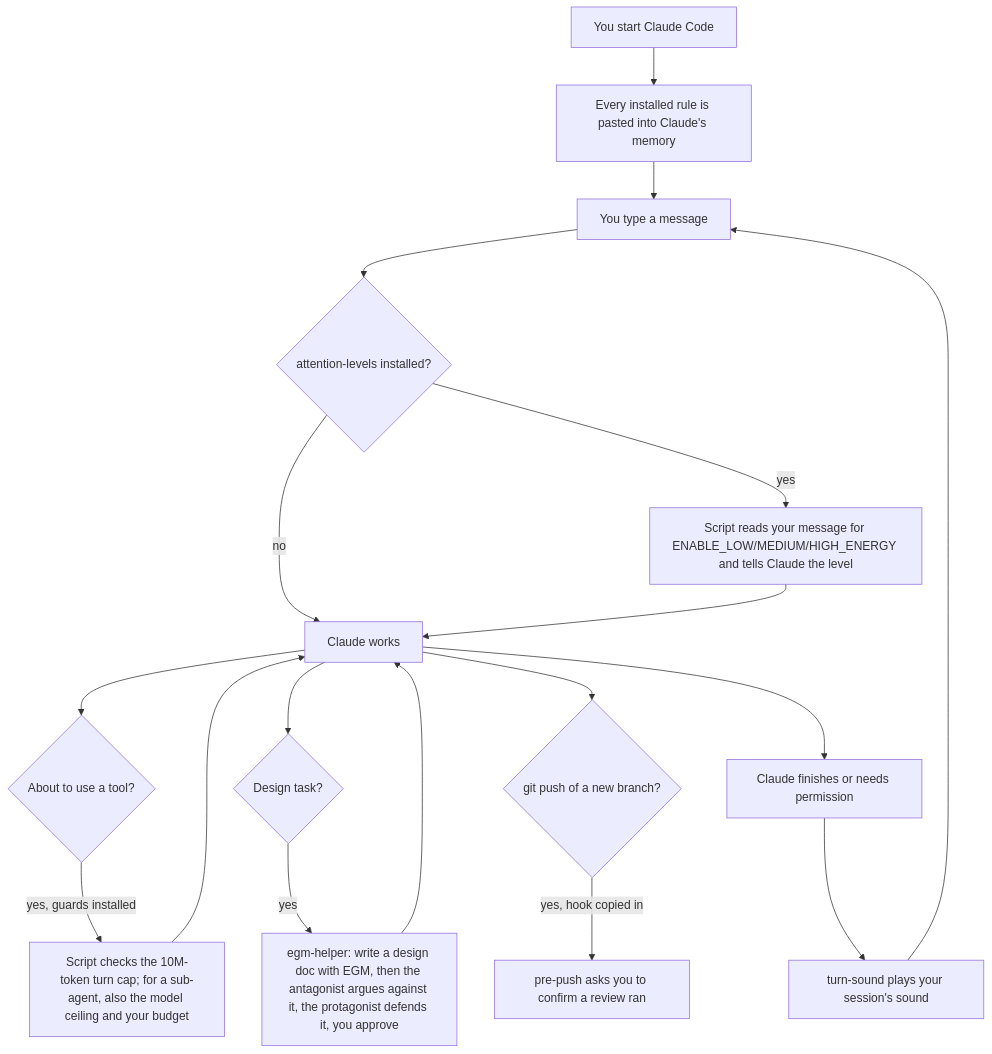
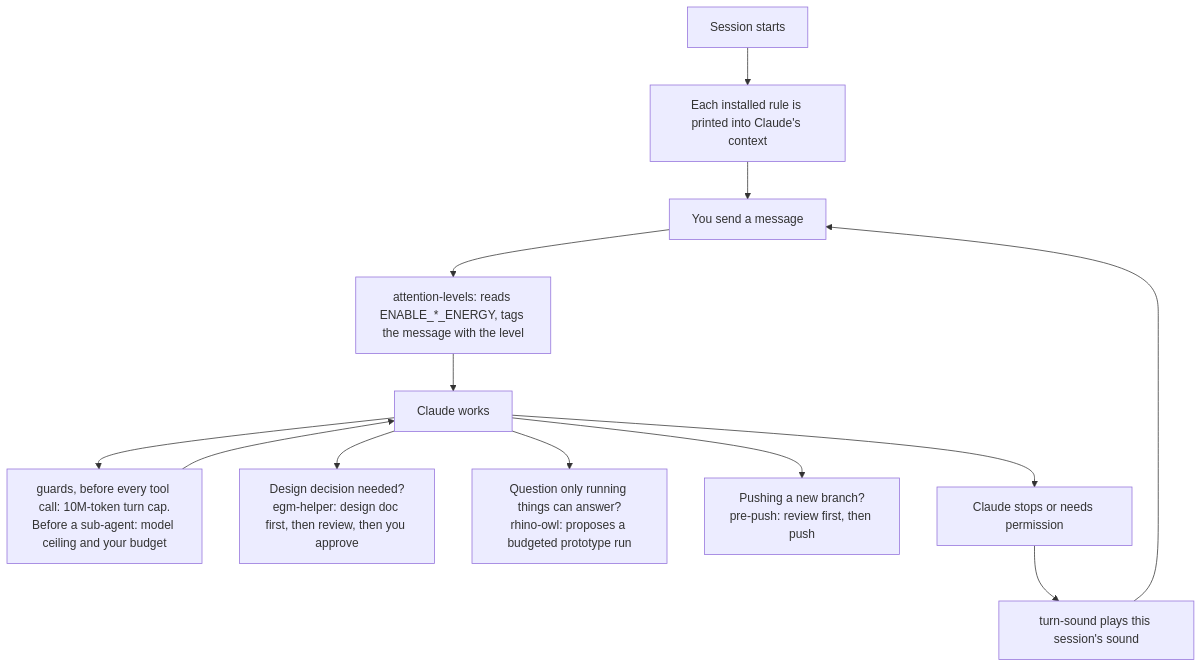
Before and after one commit to danyshs/agent-kit: the second of 6 diagrams in README.md, drawn with Mermaid. The commit also changed other lines of this file, not shown here.

````diff
--- a/README.md
+++ b/README.md
@@ -49,20 +92,15 @@
 ```mermaid
 flowchart TD
-    A[You start Claude Code] --> B[Every installed rule is pasted into Claude's memory]
-    B --> C[You type a message]
-    C --> D{attention-levels installed?}
-    D -- yes --> E[Script reads your message for ENABLE_LOW/MEDIUM/HIGH_ENERGY and tells Claude the level]
-    D -- no --> F
-    E --> F[Claude works]
-    F --> G{About to use a tool?}
-    G -- yes, guards installed --> H[Script checks the 10M-token turn cap; for a sub-agent, also the model ceiling and your budget]
-    H --> F
-    F --> I{Design task?}
-    I -- yes --> J[egm-helper: write a design doc with EGM, then the antagonist argues against it, the protagonist defends it, you approve]
-    J --> F
-    F --> K{git push of a new branch?}
-    K -- yes, hook copied in --> L[pre-push asks you to confirm a review ran]
-    F --> M[Claude finishes or needs permission]
-    M --> N[turn-sound plays your session's sound]
-    N --> C
+    A["Session starts"] --> B["Each installed rule is printed into Claude's context"]
+    B --> C["You send a message"]
+    C --> D["attention-levels: reads ENABLE_*_ENERGY, tags the message with the level"]
+    D --> E["Claude works"]
+    E --> F["guards, before every tool call: 10M-token turn cap.<br/>Before a sub-agent: model ceiling and your budget"]
+    F --> E
+    E --> G["Design decision needed?<br/>egm-helper: design doc first, then review, then you approve"]
+    E --> H["Question only running things can answer?<br/>rhino-owl: proposes a budgeted prototype run"]
+    E --> I["Pushing a new branch?<br/>pre-push: review first, then push"]
+    E --> J["Claude stops or needs permission"]
+    J --> K["turn-sound plays this session's sound"]
+    K --> C
 ```
````
